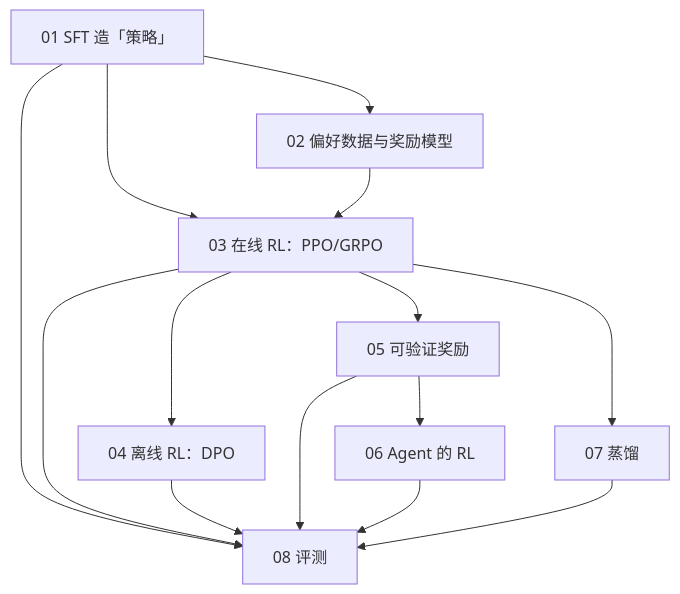
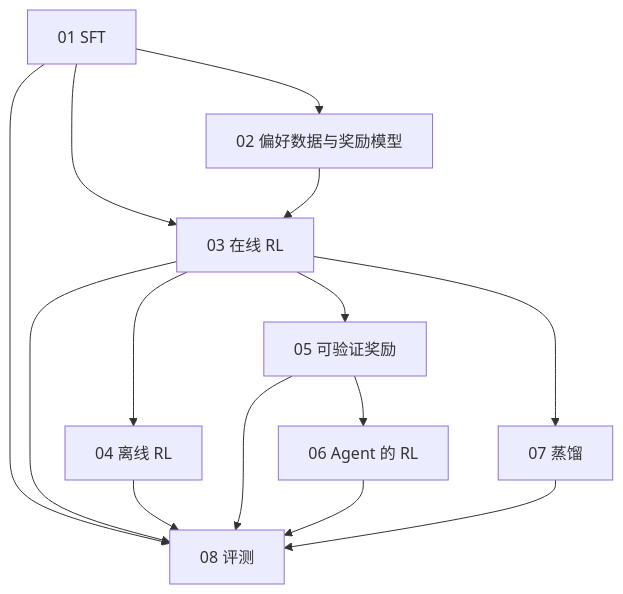
The first of 7 diagrams in slides/2026-04-23-post-training.md (arganzheng/arganzheng.github.com), drawn with Mermaid before and after one commit. The commit also changed other lines of this file, not shown here.

Commit message:
slides(2026-04-23-post-training): 图内文字 ≥14px——标签缩短/拆分/Unicode 数学

````diff
--- a/slides/2026-04-23-post-training.md
+++ b/slides/2026-04-23-post-training.md
@@ -28,11 +28,11 @@
 ```mermaid
 %%{init: {"flowchart": {"wrappingWidth": 180}}}%%
 flowchart TB
-    S1["01 SFT 造「策略」"] --> R2["02 偏好数据与奖励模型"]
-    S1 & R2 --> O3["03 在线 RL：PPO/GRPO"]
-    O3 --> D4["04 离线 RL：DPO"]
+    S1["01 SFT"] --> R2["02 偏好数据与奖励模型"]
+    S1 & R2 --> O3["03 在线 RL"]
+    O3 --> D4["04 离线 RL"]
     O3 --> V5["05 可验证奖励"]
     V5 --> A6["06 Agent 的 RL"]
     O3 --> K7["07 蒸馏"]
     S1 & O3 & D4 & V5 & A6 & K7 --> E8["08 评测"]
 ```
````
